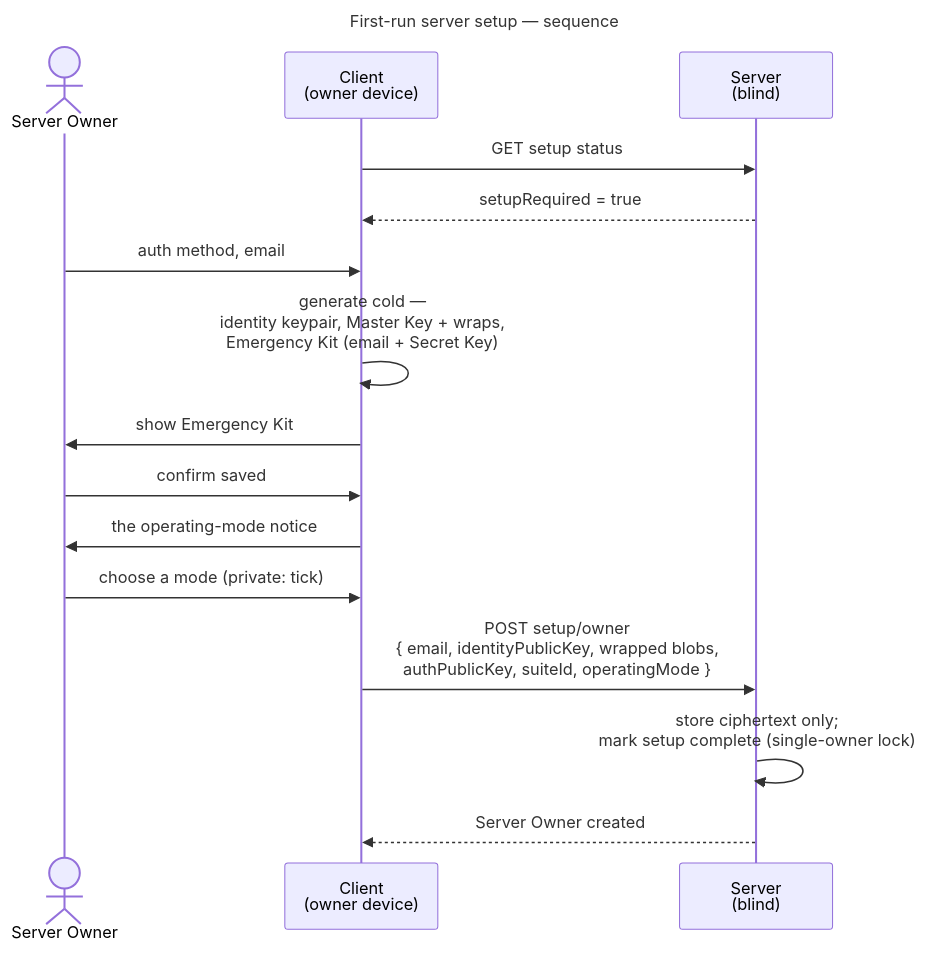
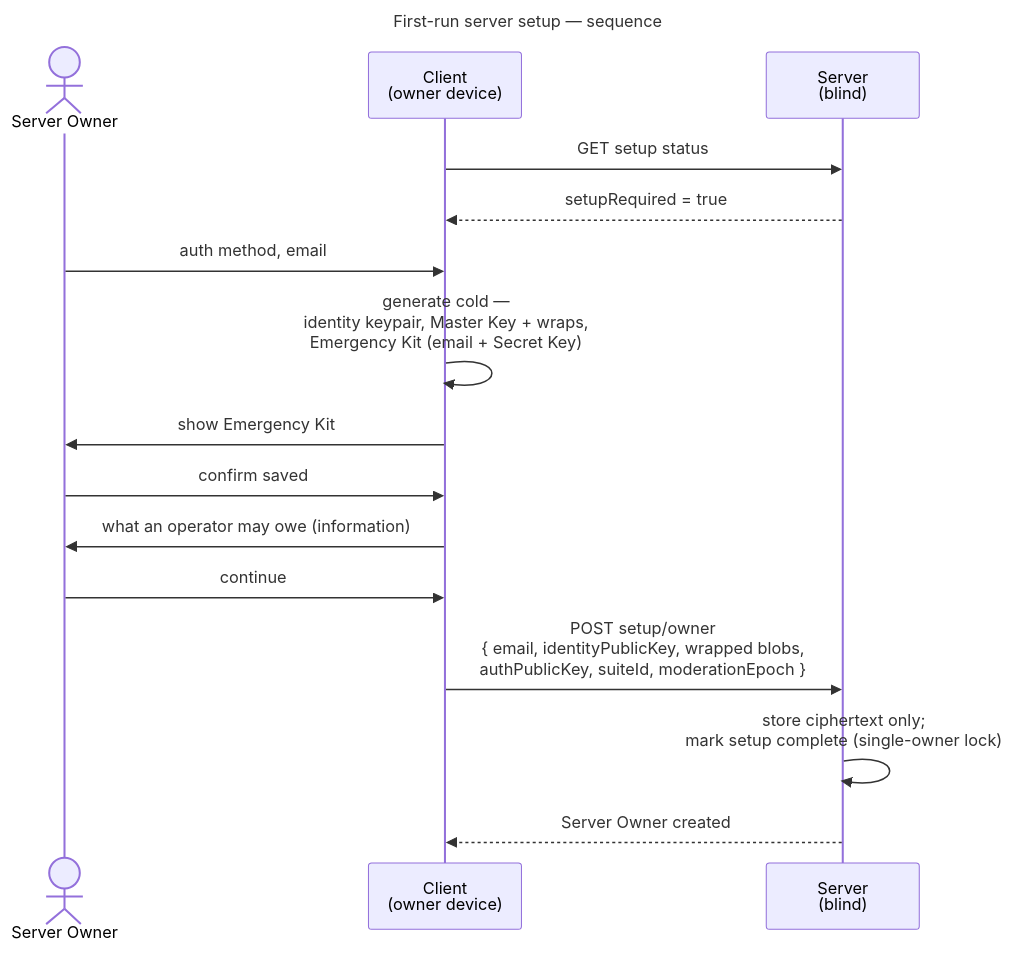
Before and after one commit to raddatzk/veyq: the first of 2 diagrams in docs/features/admin/use-cases/uc.admin.setup-server.md, drawn with Mermaid. The commit also changed other lines of this file and 42 other files, not shown here.

First line of the commit message:
docs: no operating mode; the guest-write record follows guest writes

````diff
--- a/docs/features/admin/use-cases/uc.admin.setup-server.md
+++ b/docs/features/admin/use-cases/uc.admin.setup-server.md
@@ -42,20 +42,20 @@
 ```mermaid
 ---
 title: First-run server setup — sequence
 ---
 sequenceDiagram
   actor O as Server Owner
   participant C as Client<br>(owner device)
   participant S as Server<br>(blind)
   C->>S: GET setup status
   S-->>C: setupRequired = true
   O->>C: auth method, email
   C->>C: generate cold —<br>identity keypair, Master Key + wraps,<br>Emergency Kit (email + Secret Key)
   C->>O: show Emergency Kit
   O->>C: confirm saved
-  C->>O: the operating-mode notice
-  O->>C: choose a mode (private: tick)
-  C->>S: POST setup/owner<br>{ email, identityPublicKey, wrapped blobs,<br>authPublicKey, suiteId, operatingMode }
+  C->>O: what an operator may owe (information)
+  O->>C: continue
+  C->>S: POST setup/owner<br>{ email, identityPublicKey, wrapped blobs,<br>authPublicKey, suiteId, moderationEpoch }
   S->>S: store ciphertext only#59;<br>mark setup complete (single-owner lock)
   S-->>C: Server Owner created
 ```
````
